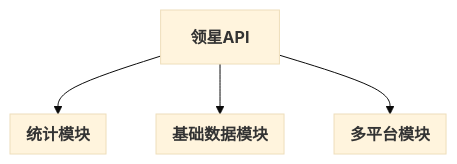
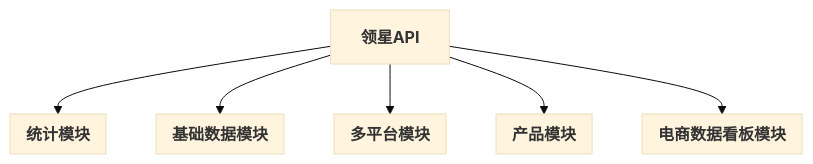
The first of 6 diagrams in README.md (deng20000/RPA_Tornado), drawn with Mermaid (base theme) before and after one commit. The commit also changed other lines of this file and 150 other files, not shown here.

````diff
--- a/README.md
+++ b/README.md
@@ -7,13 +14,19 @@
 ```mermaid
 flowchart TD
     API["<b>领星API</b>"]
     subgraph G1["<b>统计模块</b>"]
     end
     subgraph G2["<b>基础数据模块</b>"]
     end
     subgraph G3["<b>多平台模块</b>"]
     end
+    subgraph G4["<b>产品模块</b>"]
+    end
+    subgraph G5["<b>电商数据看板模块</b>"]
+    end
     API --> G1
     API --> G2
     API --> G3
+    API --> G4
+    API --> G5
 ```
````
